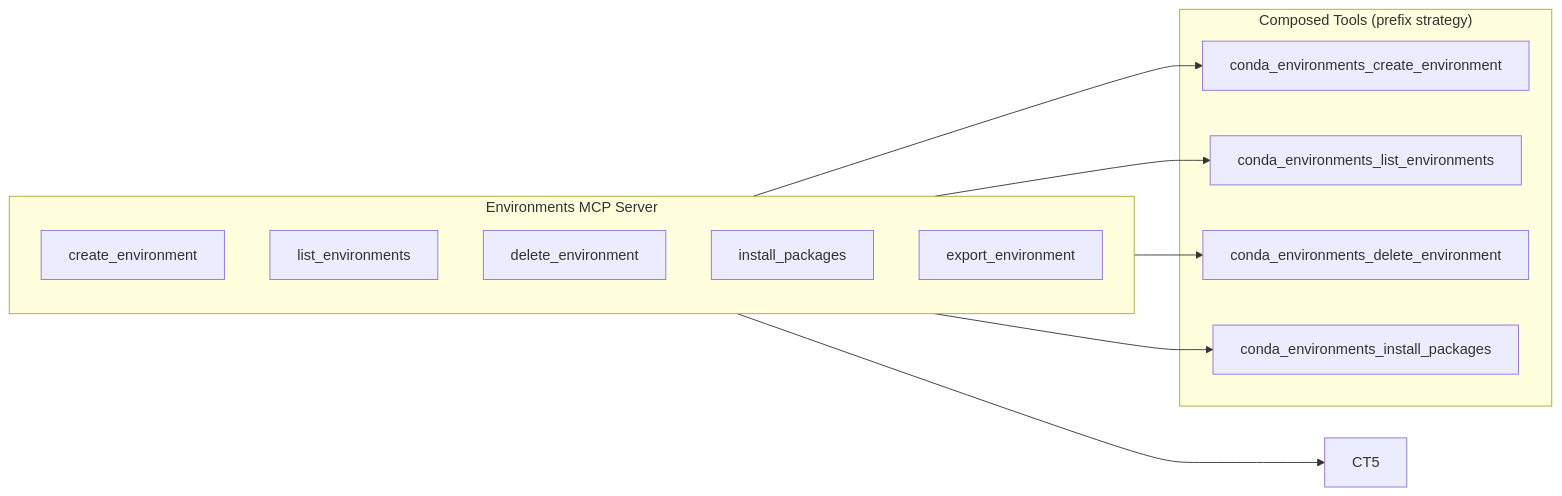
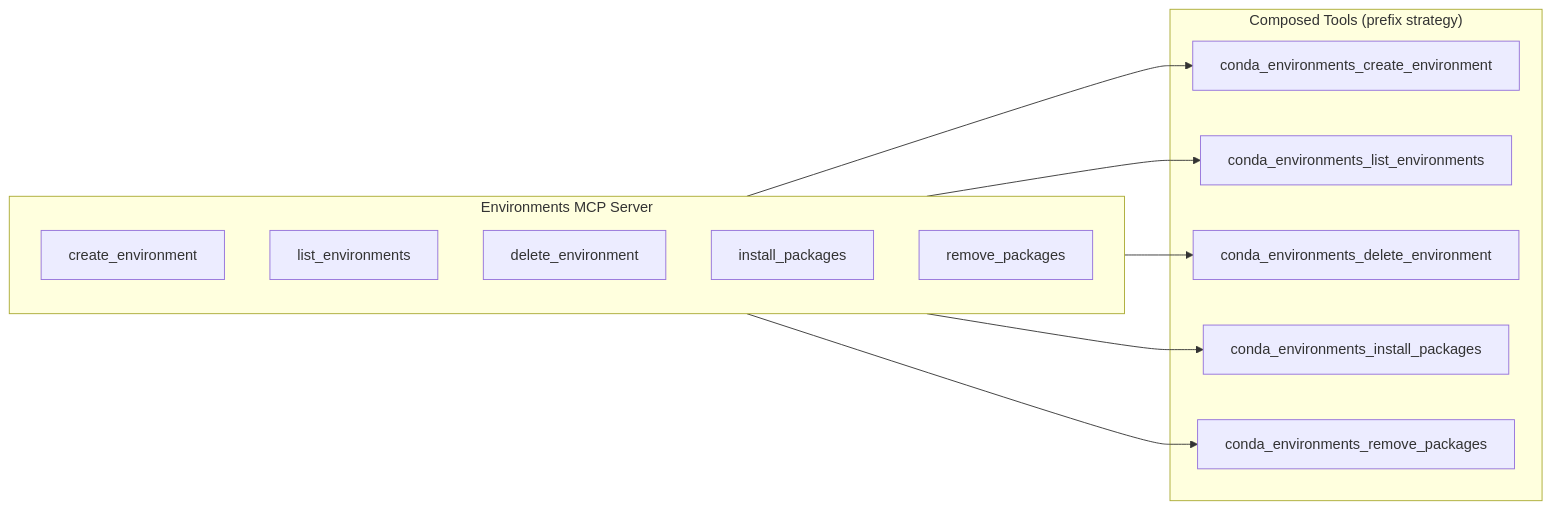
The third of 6 diagrams in docs/ARCHITECTURE.md (anaconda/anaconda-mcp), drawn with Mermaid before and after one commit.

Commit message:
docs: fix compose diagram

````diff
--- a/docs/ARCHITECTURE.md
+++ b/docs/ARCHITECTURE.md
@@ -124,24 +124,25 @@
 ```mermaid
 graph LR
     subgraph "Environments MCP Server"
         direction TB
         T1[create_environment]
         T2[list_environments]
         T3[delete_environment]
         T4[install_packages]
-        T5[export_environment]
+        T5[remove_packages]
     end
     
     subgraph "Composed Tools (prefix strategy)"
         CT1[conda_environments_create_environment]
         CT2[conda_environments_list_environments]
         CT3[conda_environments_delete_environment]
         CT4[conda_environments_install_packages]
+        CT5[conda_environments_remove_packages]
     end
     
     T1 --> CT1
     T2 --> CT2
     T3 --> CT3
     T4 --> CT4
     T5 --> CT5
 ```
````
